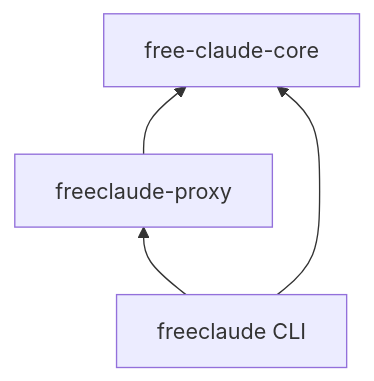
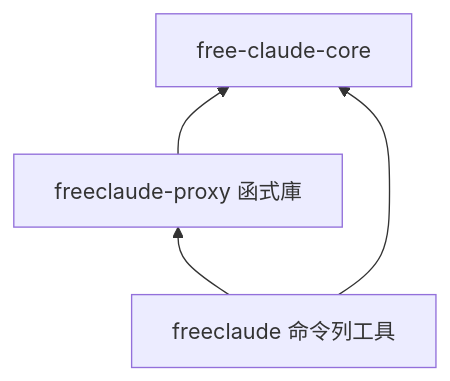
Before and after one commit to mushroomTW/FreeClaudeDesktop: the first of 5 diagrams in docs/ARCHITECTURE.md, drawn with Mermaid. The commit also changed other lines of this file and 20 other files, not shown here.

````diff
--- a/docs/ARCHITECTURE.md
+++ b/docs/ARCHITECTURE.md
@@ -15,7 +15,7 @@
 ```mermaid
 flowchart BT
     CORE["free-claude-core"]
-    PROXY["freeclaude-proxy"] --> CORE
-    CLI["freeclaude CLI"] --> CORE
+    PROXY["freeclaude-proxy 函式庫"] --> CORE
+    CLI["freeclaude 命令列工具"] --> CORE
     CLI --> PROXY
 ```
````
